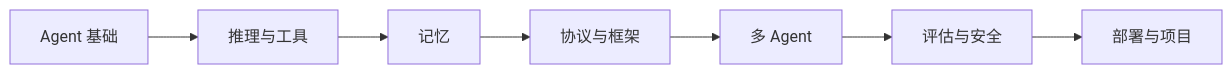
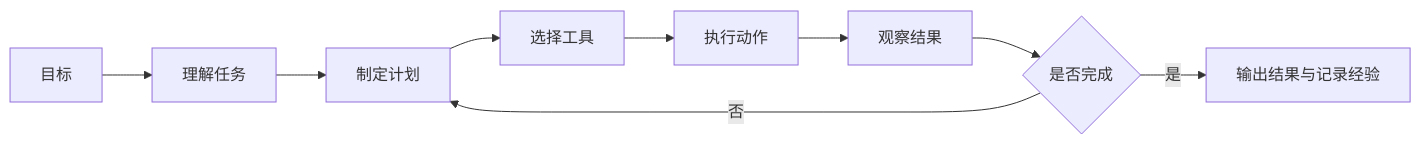
One commit to oudbiao/AI-fullstack-course changed the diagram in docs/stage9/index.md. Above: the diagram before and after it, drawn with Mermaid. The commit also changed other lines of this file and 95 other files, not shown here.

````diff
--- a/docs/stage9/index.md
+++ b/docs/stage9/index.md
@@ -62,9 +25,11 @@
 ```mermaid
 flowchart LR
-    A["Agent 基础"] --> B["推理与工具"]
-    B --> C["记忆"]
-    C --> D["协议与框架"]
-    D --> E["多 Agent"]
-    E --> F["评估与安全"]
-    F --> G["部署与项目"]
+  A[目标] --> B[理解任务]
+  B --> C[制定计划]
+  C --> D[选择工具]
+  D --> E[执行动作]
+  E --> F[观察结果]
+  F --> G{是否完成}
+  G -- 否 --> C
+  G -- 是 --> H[输出结果与记录经验]
 ```
````
